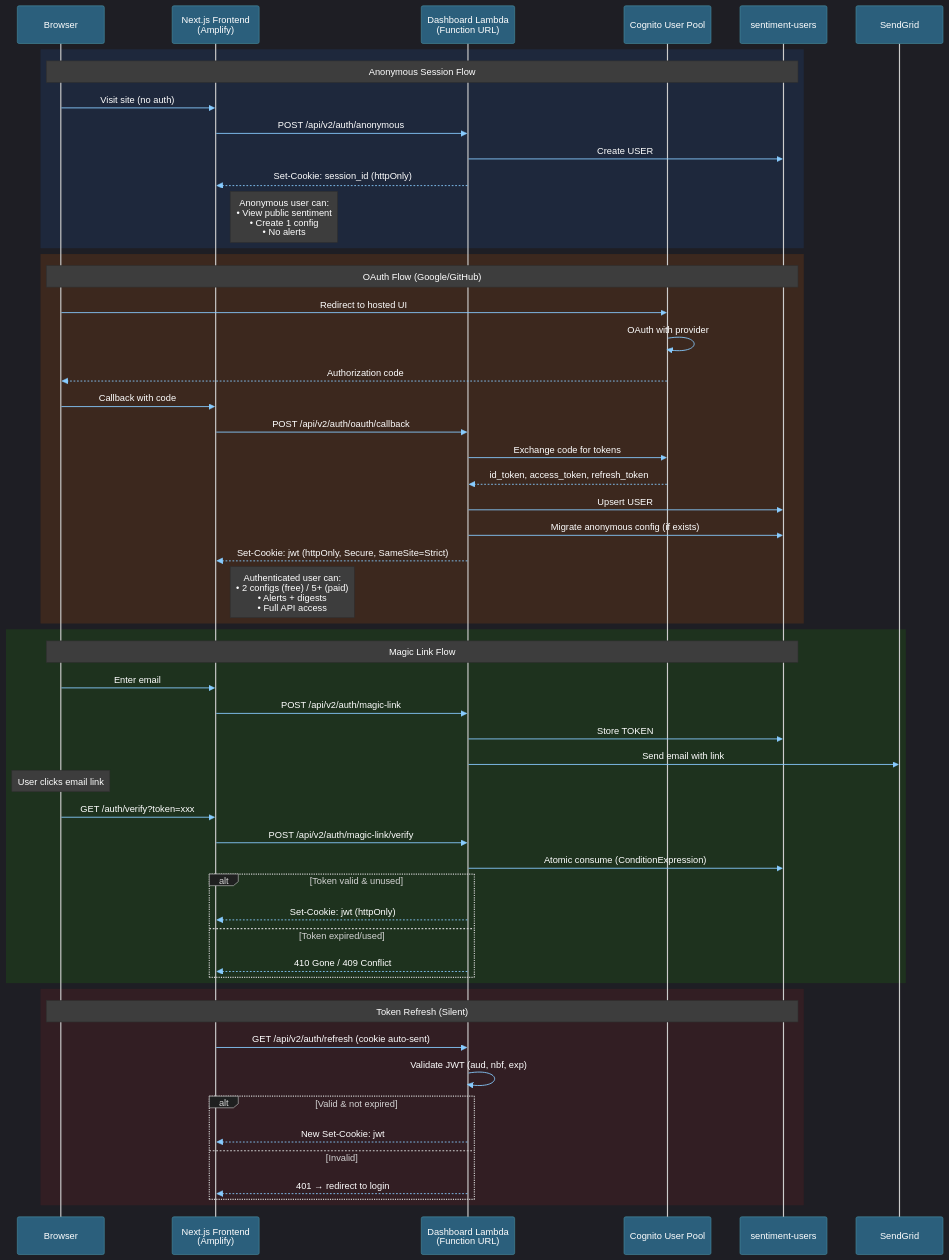
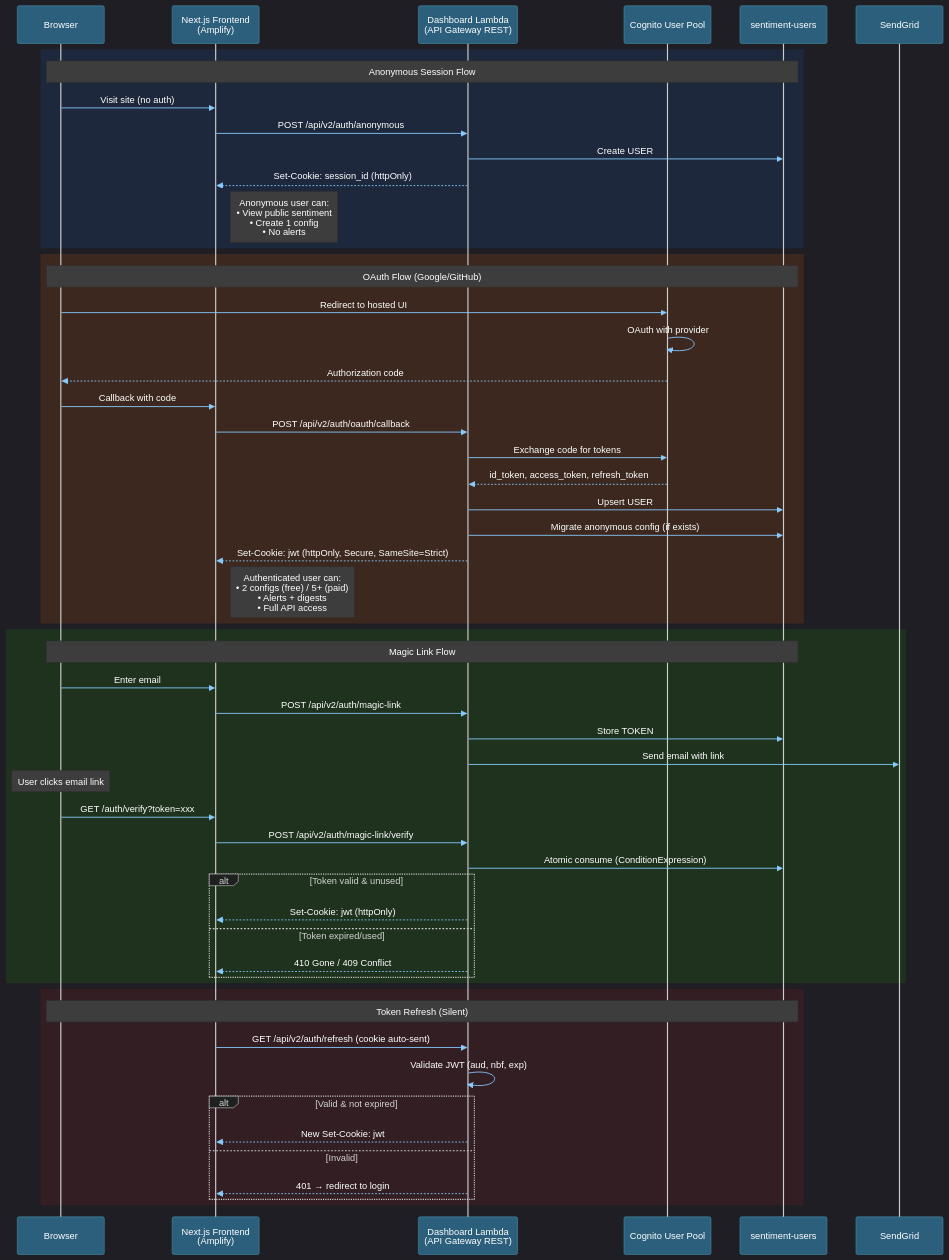
The fifth of 5 diagrams in README.md (traylorre/sentiment-analyzer-gsk), drawn with Mermaid before and after one commit. The commit also changed other lines of this file and 1 other file, not shown here.

Commit message:
docs: Fix stale Function URL references in diagrams, add API Gateway to dataflow
- README.md sequence diagram: "Function URL" → "API Gateway REST" (Feature 1300)
- README.md directory tree: same label fix
- dataflow-all-flows.mmd: Added APIGW node to Edge Layer, wired Flow 3
  through API Gateway (was going directly UI → Dashboard, missing the
  API Gateway hop that's been the production path since Feature 1253)

````diff
--- a/README.md
+++ b/README.md
@@ -513,61 +513,61 @@
 ```mermaid
 %%{init: {"theme": "dark", "themeVariables": {"primaryColor": "#4A90A4", "lineColor": "#88CCFF", "primaryTextColor": "#FFFFFF", "actorTextColor": "#FFFFFF", "actorBkg": "#2B5F7C", "actorBorder": "#4A90A4", "signalColor": "#88CCFF", "signalTextColor": "#FFFFFF", "noteBkgColor": "#3D3D3D", "noteTextColor": "#FFFFFF", "activationBkgColor": "#2d2d2d"}}}%%
 sequenceDiagram
     participant Browser
     participant Frontend as Next.js Frontend<br/>(Amplify)
-    participant Dashboard as Dashboard Lambda<br/>(Function URL)
+    participant Dashboard as Dashboard Lambda<br/>(API Gateway REST)
     participant Cognito as Cognito User Pool
     participant Users as sentiment-users
 
     rect rgb(30, 40, 60)
         Note over Browser,Users: Anonymous Session Flow
         Browser->>Frontend: Visit site (no auth)
         Frontend->>Dashboard: POST /api/v2/auth/anonymous
         Dashboard->>Users: Create USER#{uuid}
         Dashboard-->>Frontend: Set-Cookie: session_id (httpOnly)
         Note right of Frontend: Anonymous user can:<br/>• View public sentiment<br/>• Create 1 config<br/>• No alerts
     end
 
     rect rgb(60, 40, 30)
         Note over Browser,Users: OAuth Flow (Google/GitHub)
         Browser->>Cognito: Redirect to hosted UI
         Cognito->>Cognito: OAuth with provider
         Cognito-->>Browser: Authorization code
         Browser->>Frontend: Callback with code
         Frontend->>Dashboard: POST /api/v2/auth/oauth/callback
         Dashboard->>Cognito: Exchange code for tokens
         Cognito-->>Dashboard: id_token, access_token, refresh_token
         Dashboard->>Users: Upsert USER#{cognito_sub}
         Dashboard->>Users: Migrate anonymous config (if exists)
         Dashboard-->>Frontend: Set-Cookie: jwt (httpOnly, Secure, SameSite=Strict)
         Note right of Frontend: Authenticated user can:<br/>• 2 configs (free) / 5+ (paid)<br/>• Alerts + digests<br/>• Full API access
     end
 
     rect rgb(30, 50, 30)
         Note over Browser,Users: Magic Link Flow
         Browser->>Frontend: Enter email
         Frontend->>Dashboard: POST /api/v2/auth/magic-link
         Dashboard->>Users: Store TOKEN#{random_256bit} (TTL: 15min)
         Dashboard->>SendGrid: Send email with link
         Note over Browser: User clicks email link
         Browser->>Frontend: GET /auth/verify?token=xxx
         Frontend->>Dashboard: POST /api/v2/auth/magic-link/verify
         Dashboard->>Users: Atomic consume (ConditionExpression)
         alt Token valid & unused
             Dashboard-->>Frontend: Set-Cookie: jwt (httpOnly)
         else Token expired/used
             Dashboard-->>Frontend: 410 Gone / 409 Conflict
         end
     end
 
     rect rgb(50, 30, 35)
         Note over Browser,Users: Token Refresh (Silent)
         Frontend->>Dashboard: GET /api/v2/auth/refresh (cookie auto-sent)
         Dashboard->>Dashboard: Validate JWT (aud, nbf, exp)
         alt Valid & not expired
             Dashboard-->>Frontend: New Set-Cookie: jwt
         else Invalid
             Dashboard-->>Frontend: 401 → redirect to login
         end
     end
 ```
````
